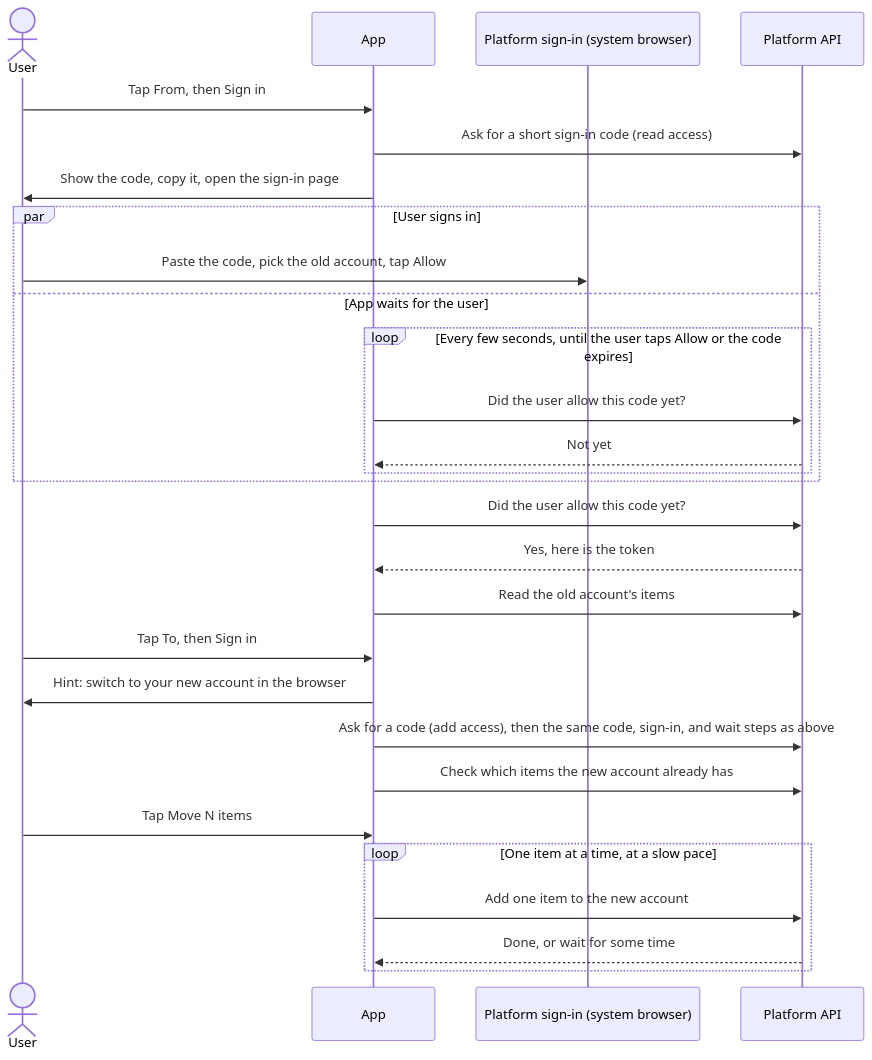
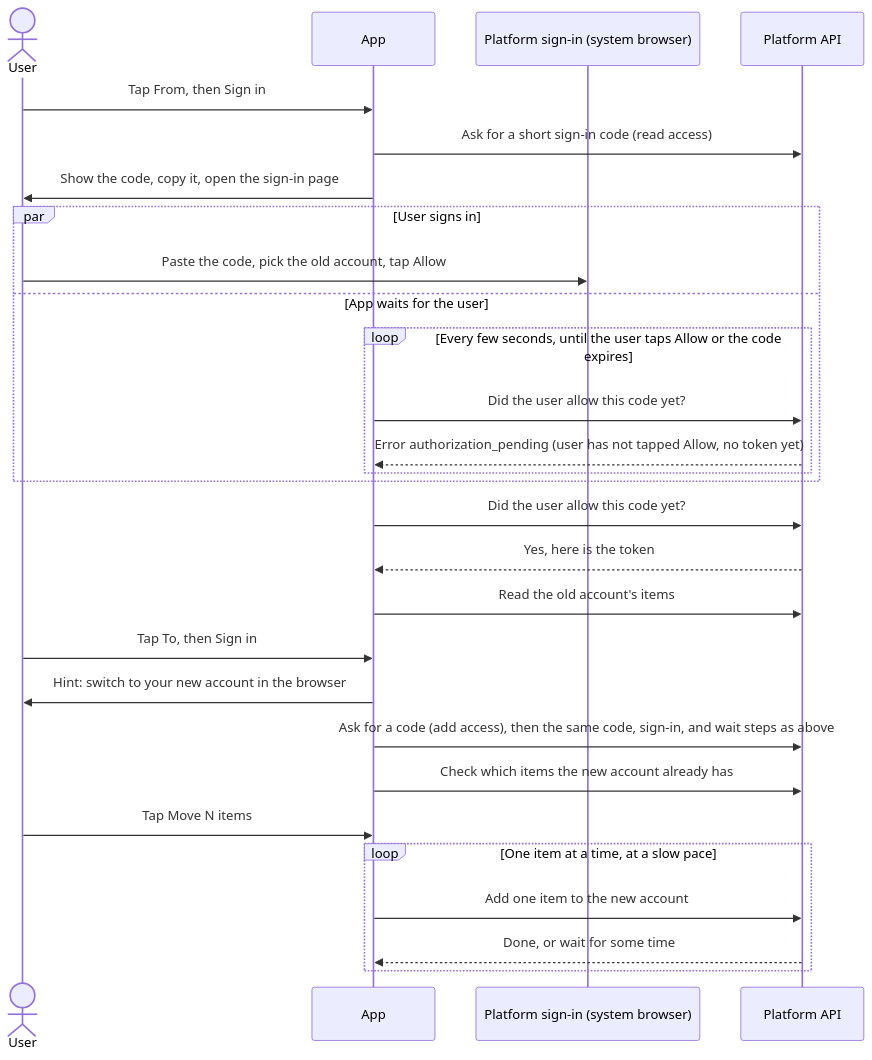
Before and after one commit to Dodo-Tech-Hub/magpie: the second of 3 diagrams in specs/008-github-platform/spec.md, drawn with Mermaid.

Commit message:
docs(spec): name authorization_pending reply in 008 sign-in diagram

````diff
--- a/specs/008-github-platform/spec.md
+++ b/specs/008-github-platform/spec.md
@@ -71,31 +71,31 @@
 ```mermaid
 sequenceDiagram
     actor User
     participant App
     participant SignIn as Platform sign-in (system browser)
     participant API as Platform API
 
     User->>App: Tap From, then Sign in
     App->>API: Ask for a short sign-in code (read access)
     App->>User: Show the code, copy it, open the sign-in page
     par User signs in
         User->>SignIn: Paste the code, pick the old account, tap Allow
     and App waits for the user
         loop Every few seconds, until the user taps Allow or the code expires
             App->>API: Did the user allow this code yet?
-            API-->>App: Not yet
+            API-->>App: Error authorization_pending (user has not tapped Allow, no token yet)
         end
     end
     App->>API: Did the user allow this code yet?
     API-->>App: Yes, here is the token
     App->>API: Read the old account's items
     User->>App: Tap To, then Sign in
     App->>User: Hint: switch to your new account in the browser
     App->>API: Ask for a code (add access), then the same code, sign-in, and wait steps as above
     App->>API: Check which items the new account already has
     User->>App: Tap Move N items
     loop One item at a time, at a slow pace
         App->>API: Add one item to the new account
         API-->>App: Done, or wait for some time
     end
 ```
````
